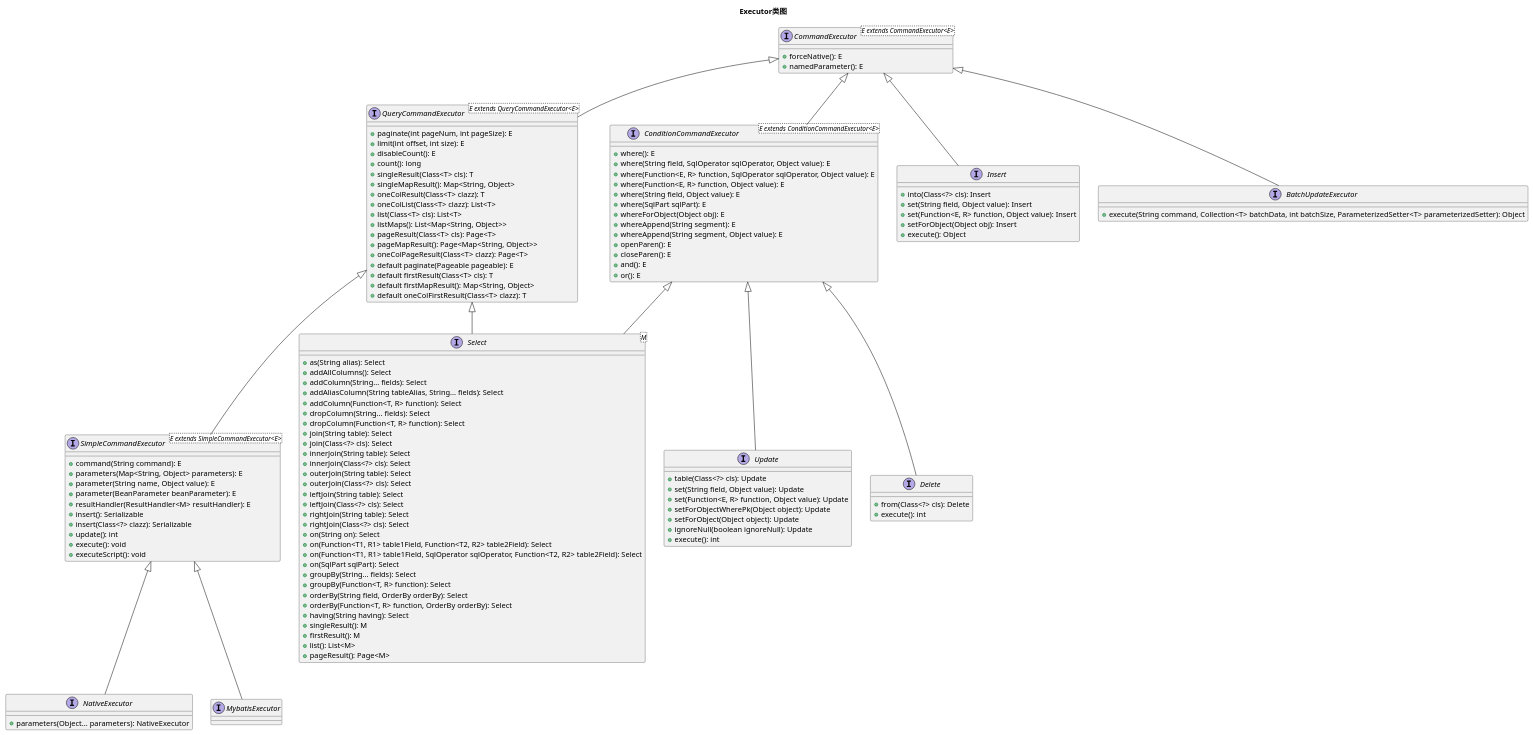
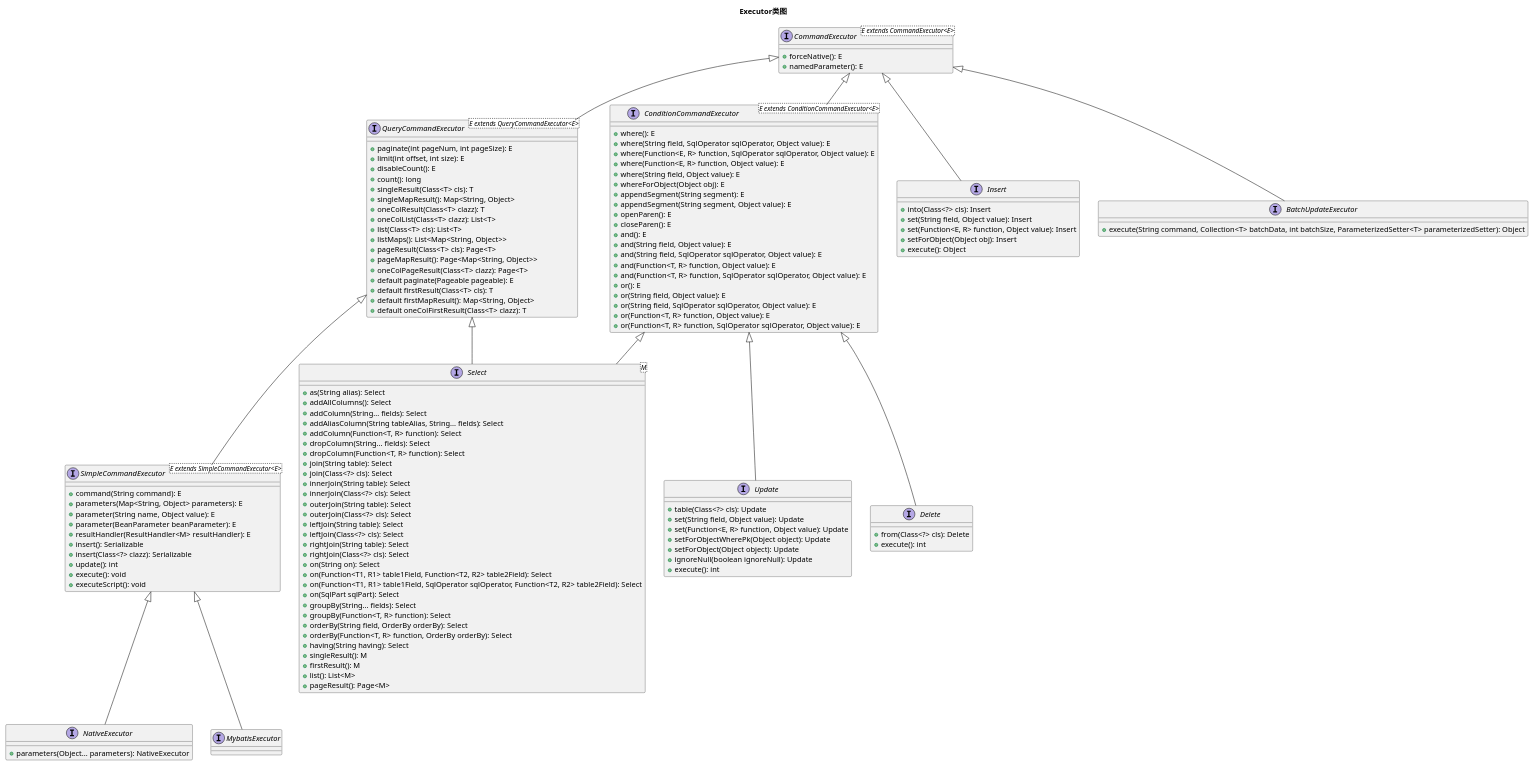
Before and after one commit to selfly/sonsure-dustman: the diagram in doc/executor-uml.puml, drawn with PlantUML. The commit also changed 7 other files, not shown here.

```diff
--- a/doc/executor-uml.puml
+++ b/doc/executor-uml.puml
@@ -1,127 +1,134 @@
 @startuml Executor类图
 title Executor类图
 
 interface CommandExecutor<E extends CommandExecutor<E>> {
   + forceNative(): E
   + namedParameter(): E
 }
 
 interface QueryCommandExecutor<E extends QueryCommandExecutor<E>> extends CommandExecutor {
   + paginate(int pageNum, int pageSize): E
   + limit(int offset, int size): E
   + disableCount(): E
   + count(): long
   + singleResult(Class<T> cls): T
   + singleMapResult(): Map<String, Object>
   + oneColResult(Class<T> clazz): T
   + oneColList(Class<T> clazz): List<T>
   + list(Class<T> cls): List<T>
   + listMaps(): List<Map<String, Object>>
   + pageResult(Class<T> cls): Page<T>
   + pageMapResult(): Page<Map<String, Object>>
   + oneColPageResult(Class<T> clazz): Page<T>
   + default paginate(Pageable pageable): E
   + default firstResult(Class<T> cls): T
   + default firstMapResult(): Map<String, Object>
   + default oneColFirstResult(Class<T> clazz): T
 }
 
 interface ConditionCommandExecutor<E extends ConditionCommandExecutor<E>> extends CommandExecutor {
   + where(): E
   + where(String field, SqlOperator sqlOperator, Object value): E
   + where(Function<E, R> function, SqlOperator sqlOperator, Object value): E
   + where(Function<E, R> function, Object value): E
   + where(String field, Object value): E
-  + where(SqlPart sqlPart): E
   + whereForObject(Object obj): E
-  + whereAppend(String segment): E
-  + whereAppend(String segment, Object value): E
+  + appendSegment(String segment): E
+  + appendSegment(String segment, Object value): E
   + openParen(): E
   + closeParen(): E
   + and(): E
+  + and(String field, Object value): E
+  + and(String field, SqlOperator sqlOperator, Object value): E
+  + and(Function<T, R> function, Object value): E
+  + and(Function<T, R> function, SqlOperator sqlOperator, Object value): E
   + or(): E
+  + or(String field, Object value): E
+  + or(String field, SqlOperator sqlOperator, Object value): E
+  + or(Function<T, R> function, Object value): E
+  + or(Function<T, R> function, SqlOperator sqlOperator, Object value): E
 }
 
 
 interface Select<M> extends QueryCommandExecutor, ConditionCommandExecutor {
   + as(String alias): Select
   + addAllColumns(): Select
   + addColumn(String... fields): Select
   + addAliasColumn(String tableAlias, String... fields): Select
   + addColumn(Function<T, R> function): Select
   + dropColumn(String... fields): Select
   + dropColumn(Function<T, R> function): Select
   + join(String table): Select
   + join(Class<?> cls): Select
   + innerJoin(String table): Select
   + innerJoin(Class<?> cls): Select
   + outerJoin(String table): Select
   + outerJoin(Class<?> cls): Select
   + leftJoin(String table): Select
   + leftJoin(Class<?> cls): Select
   + rightJoin(String table): Select
   + rightJoin(Class<?> cls): Select
   + on(String on): Select
   + on(Function<T1, R1> table1Field, Function<T2, R2> table2Field): Select
   + on(Function<T1, R1> table1Field, SqlOperator sqlOperator, Function<T2, R2> table2Field): Select
   + on(SqlPart sqlPart): Select
   + groupBy(String... fields): Select
   + groupBy(Function<T, R> function): Select
   + orderBy(String field, OrderBy orderBy): Select
   + orderBy(Function<T, R> function, OrderBy orderBy): Select
   + having(String having): Select
   + singleResult(): M
   + firstResult(): M
   + list(): List<M>
   + pageResult(): Page<M>
 }
 
 interface Update extends ConditionCommandExecutor {
   + table(Class<?> cls): Update
   + set(String field, Object value): Update
   + set(Function<E, R> function, Object value): Update
   + setForObjectWherePk(Object object): Update
   + setForObject(Object object): Update
   + ignoreNull(boolean ignoreNull): Update
   + execute(): int
 }
 
 interface Delete extends ConditionCommandExecutor {
   + from(Class<?> cls): Delete
   + execute(): int
 }
 
 interface Insert extends CommandExecutor {
   + into(Class<?> cls): Insert
   + set(String field, Object value): Insert
   + set(Function<E, R> function, Object value): Insert
   + setForObject(Object obj): Insert
   + execute(): Object
 }
 
 interface SimpleCommandExecutor<E extends SimpleCommandExecutor<E>> extends QueryCommandExecutor {
   + command(String command): E
   + parameters(Map<String, Object> parameters): E
   + parameter(String name, Object value): E
   + parameter(BeanParameter beanParameter): E
   + resultHandler(ResultHandler<M> resultHandler): E
   + insert(): Serializable
   + insert(Class<?> clazz): Serializable
   + update(): int
   + execute(): void
   + executeScript(): void
 }
 
 interface NativeExecutor extends SimpleCommandExecutor {
   + parameters(Object... parameters): NativeExecutor
 }
 
 interface MybatisExecutor extends SimpleCommandExecutor {
 
 }
 
 interface BatchUpdateExecutor extends CommandExecutor {
   + execute(String command, Collection<T> batchData, int batchSize, ParameterizedSetter<T> parameterizedSetter): Object
 }
 
 @enduml
```
